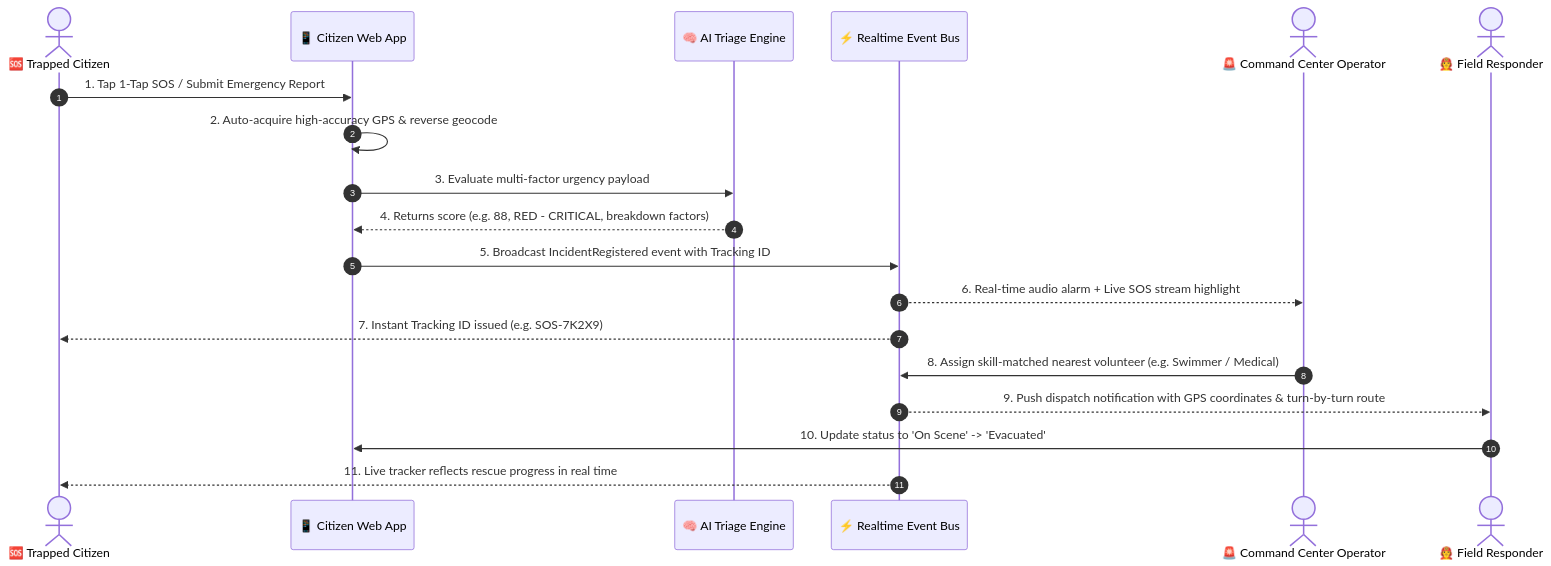
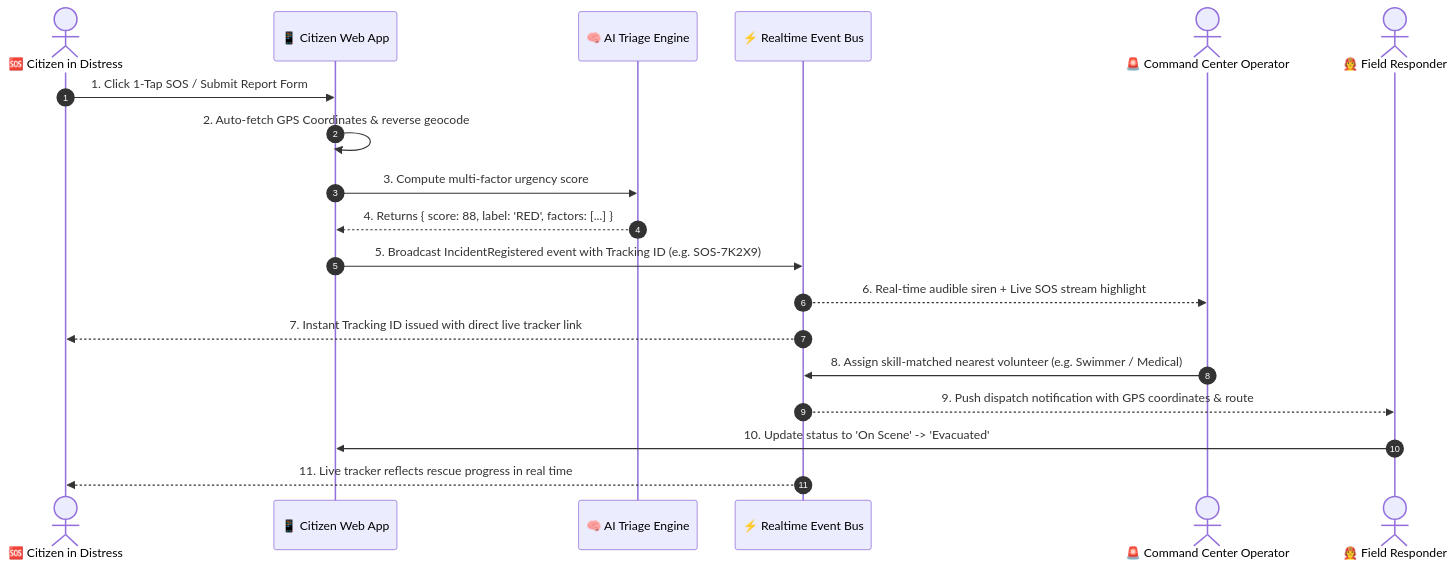
The second of 4 diagrams in README.md (MrinallSamal-byte/SIH), drawn with Mermaid before and after one commit. The commit also changed other lines of this file, not shown here.

Commit message:
docs: expand README.md with exhaustive multi-role feature matrices for citizen, admin, and volunteer portals

````diff
--- a/README.md
+++ b/README.md
@@ -96,22 +110,22 @@
 ```mermaid
 sequenceDiagram
     autonumber
-    actor Victim as 🆘 Trapped Citizen
-    participant WebApp as 📱 Citizen Web App
-    participant AI as 🧠 AI Triage Engine
+    actor Victim as 🆘 Citizen in Distress
+    participant App as 📱 Citizen Web App
+    participant Triage as 🧠 AI Triage Engine
     participant EventBus as ⚡ Realtime Event Bus
     actor Admin as 🚨 Command Center Operator
     actor Volunteer as 🧑‍🚒 Field Responder
 
-    Victim->>WebApp: 1. Tap 1-Tap SOS / Submit Emergency Report
-    WebApp->>WebApp: 2. Auto-acquire high-accuracy GPS & reverse geocode
-    WebApp->>AI: 3. Evaluate multi-factor urgency payload
-    AI-->>WebApp: 4. Returns score (e.g. 88, RED - CRITICAL, breakdown factors)
-    WebApp->>EventBus: 5. Broadcast IncidentRegistered event with Tracking ID
-    EventBus-->>Admin: 6. Real-time audio alarm + Live SOS stream highlight
-    EventBus-->>Victim: 7. Instant Tracking ID issued (e.g. SOS-7K2X9)
+    Victim->>App: 1. Click 1-Tap SOS / Submit Report Form
+    App->>App: 2. Auto-fetch GPS Coordinates & reverse geocode
+    App->>Triage: 3. Compute multi-factor urgency score
+    Triage-->>App: 4. Returns { score: 88, label: 'RED', factors: [...] }
+    App->>EventBus: 5. Broadcast IncidentRegistered event with Tracking ID (e.g. SOS-7K2X9)
+    EventBus-->>Admin: 6. Real-time audible siren + Live SOS stream highlight
+    EventBus-->>Victim: 7. Instant Tracking ID issued with direct live tracker link
     Admin->>EventBus: 8. Assign skill-matched nearest volunteer (e.g. Swimmer / Medical)
-    EventBus-->>Volunteer: 9. Push dispatch notification with GPS coordinates & turn-by-turn route
-    Volunteer->>WebApp: 10. Update status to 'On Scene' -> 'Evacuated'
+    EventBus-->>Volunteer: 9. Push dispatch notification with GPS coordinates & route
+    Volunteer->>App: 10. Update status to 'On Scene' -> 'Evacuated'
     EventBus-->>Victim: 11. Live tracker reflects rescue progress in real time
 ```
````
